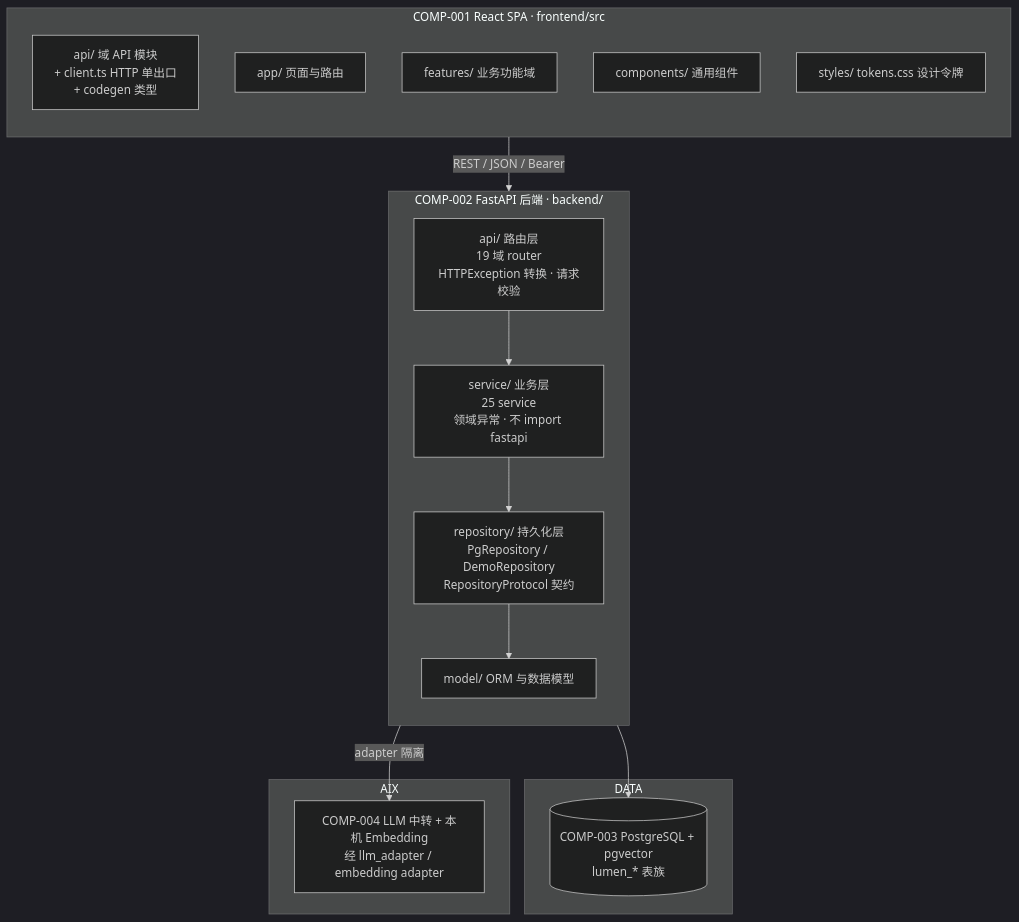
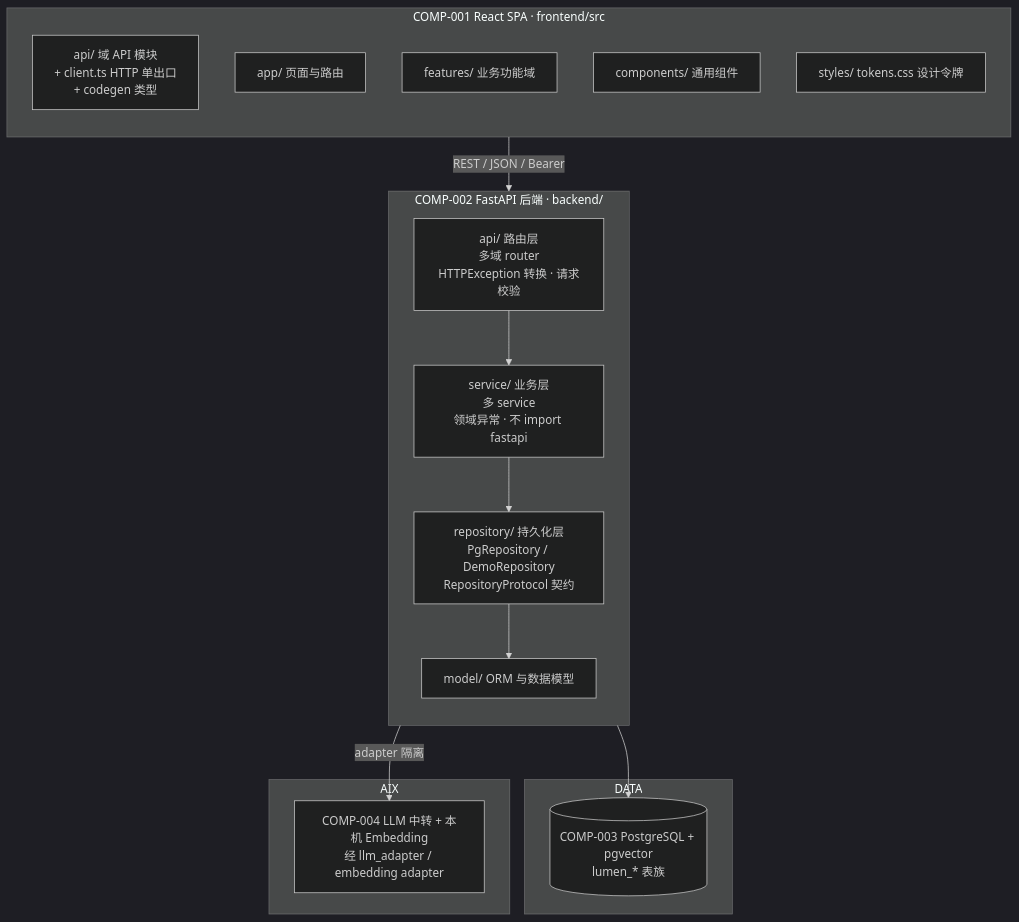
One commit to emily8421/LUMEN-DEMO changed the third of 8 diagrams in docs/04-architecture.md. Above: the diagram before and after it, drawn with Mermaid (dark theme). The commit also changed other lines of this file and 15 other files, not shown here.

First line of the commit message:
docs: OO 图纸 + 模板对齐调整（03/04 阶段收敛 + 02/04 骨架补齐） (#183)

````diff
--- a/docs/04-architecture.md
+++ b/docs/04-architecture.md
@@ -91,30 +105,30 @@
 ```mermaid
 flowchart TB
   subgraph FE[COMP-001 React SPA · frontend/src]
     direction TB
     feApi[api/ 域 API 模块<br/>+ client.ts HTTP 单出口<br/>+ codegen 类型]
     feApp[app/ 页面与路由]
     feFeat[features/ 业务功能域]
     feComp[components/ 通用组件]
     feStyle[styles/ tokens.css 设计令牌]
   end
   subgraph BE[COMP-002 FastAPI 后端 · backend/]
     direction TB
-    beApi[api/ 路由层<br/>19 域 router<br/>HTTPException 转换 · 请求校验]
-    beSvc[service/ 业务层<br/>25 service<br/>领域异常 · 不 import fastapi]
+    beApi[api/ 路由层<br/>多域 router<br/>HTTPException 转换 · 请求校验]
+    beSvc[service/ 业务层<br/>多 service<br/>领域异常 · 不 import fastapi]
     beRepo[repository/ 持久化层<br/>PgRepository / DemoRepository<br/>RepositoryProtocol 契约]
     beModel[model/ ORM 与数据模型]
   end
   subgraph DATA
     pg[(COMP-003 PostgreSQL + pgvector<br/>lumen_* 表族)]
   end
   subgraph AIX
     ai[COMP-004 LLM 中转 + 本机 Embedding<br/>经 llm_adapter / embedding adapter]
   end
   feApi -->|REST / JSON / Bearer| beApi
   beApi --> beSvc
   beSvc --> beRepo
   beRepo --> beModel
   beModel --> pg
   beSvc -->|adapter 隔离| ai
 ```
````
